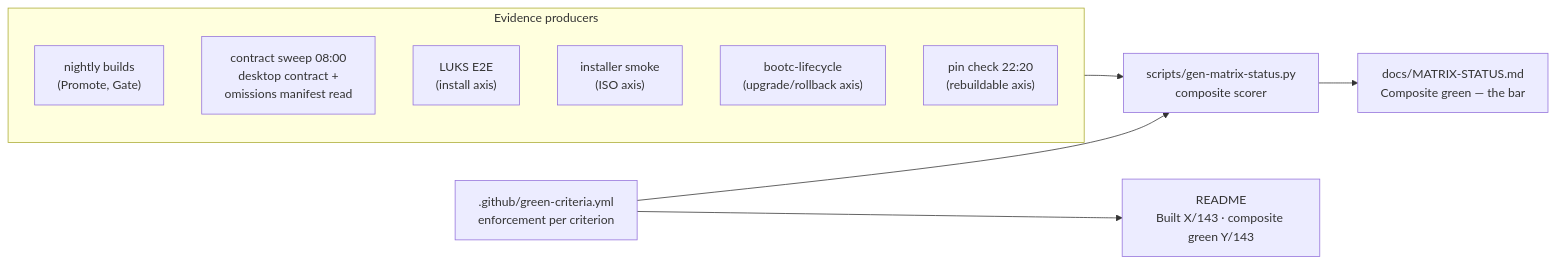
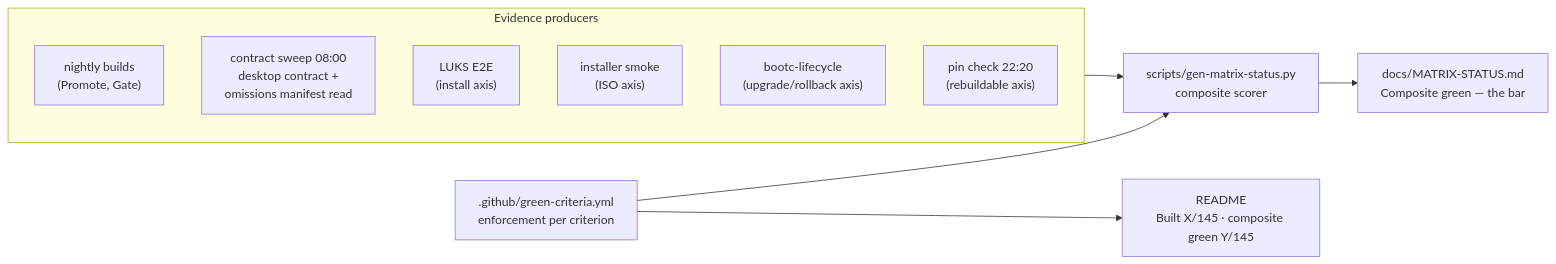
The fifth of 5 diagrams in docs/DEVELOPER-GUIDE.md (tuna-os/tunaOS), drawn with Mermaid before and after one commit. The commit also changed other lines of this file, not shown here.

````diff
--- a/docs/DEVELOPER-GUIDE.md
+++ b/docs/DEVELOPER-GUIDE.md
@@ -245,20 +245,20 @@
 ```mermaid
 flowchart LR
     subgraph evidence["Evidence producers"]
         BLD["nightly builds<br/>(Promote, Gate)"]
         SWEEP["contract sweep 08:00<br/>desktop contract +<br/>omissions manifest read"]
         LUKS["LUKS E2E<br/>(install axis)"]
         ISO["installer smoke<br/>(ISO axis)"]
         LC["bootc-lifecycle<br/>(upgrade/rollback axis)"]
         PIN["pin check 22:20<br/>(rebuildable axis)"]
     end
     CRIT[".github/green-criteria.yml<br/>enforcement per criterion"]
     GEN["scripts/gen-matrix-status.py<br/>composite scorer"]
     MS["docs/MATRIX-STATUS.md<br/>Composite green — the bar"]
-    RM["README<br/>Built X/143 · composite green Y/143"]
+    RM["README<br/>Built X/145 · composite green Y/145"]
 
     evidence --> GEN
     CRIT --> GEN
     GEN --> MS
     CRIT --> RM
 ```
````
